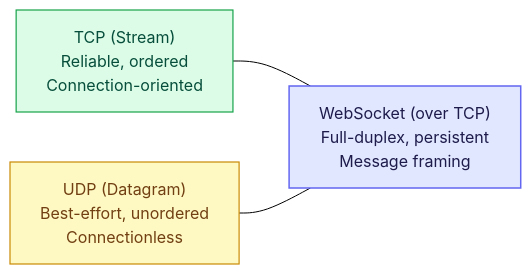
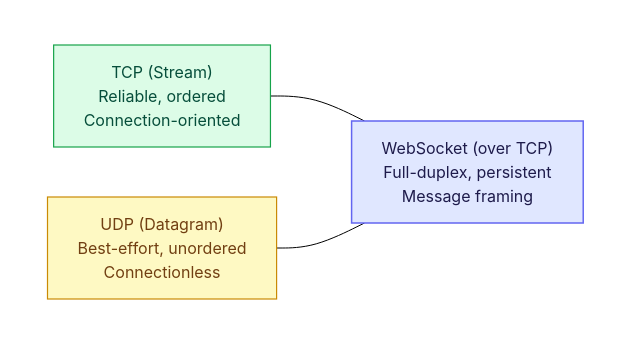
Before and after one commit to hananather/system-design: the second of 5 diagrams in sockets.md, drawn with Mermaid. The commit also changed other lines of this file, not shown here.

Commit message:
Apply white canvas to all diagrams (subgraph/rect). Improve color semantics: TCP green (reliable), UDP amber (best-effort), WebSocket indigo; endpoint mapping accent/neutral; same-host IPC teal. Keep spacing and <br/>.

````diff
--- a/sockets.md
+++ b/sockets.md
@@ -36,21 +36,25 @@
 ```mermaid
 %%{init: {
   'theme': 'base',
   'themeVariables': {
     'background': '#ffffff',
     'fontFamily': 'Inter, ui-sans-serif, system-ui'
   },
   'flowchart': { 'useMaxWidth': false, 'diagramPadding': 24, 'htmlLabels': true }
 }}%%
 flowchart LR
-  TCP["TCP (Stream)<br/>Reliable, ordered<br/>Connection-oriented"]:::good
-  UDP["UDP (Datagram)<br/>Best-effort, unordered<br/>Connectionless"]:::warn
-  WS["WebSocket (over TCP)<br/>Full-duplex, persistent<br/>Message framing"]:::accent
+  subgraph CANVAS[ ]
+    direction LR
+    TCP["TCP (Stream)<br/>Reliable, ordered<br/>Connection-oriented"]:::good
+    UDP["UDP (Datagram)<br/>Best-effort, unordered<br/>Connectionless"]:::warn
+    WS["WebSocket (over TCP)<br/>Full-duplex, persistent<br/>Message framing"]:::accent
 
-  TCP --- WS
-  UDP --- WS
+    TCP --- WS
+    UDP --- WS
+  end
 
   classDef good fill:#DCFCE7,stroke:#16A34A,stroke-width:1.2px,color:#064E3B;
   classDef warn fill:#FEF9C3,stroke:#CA8A04,stroke-width:1.2px,color:#713F12;
   classDef accent fill:#E0E7FF,stroke:#6366F1,stroke-width:1.5px,color:#1E1B4B;
+  style CANVAS fill:#ffffff,stroke:#ffffff,stroke-width:0px;
 ```
````
